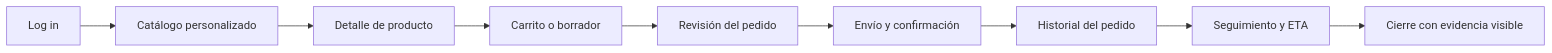
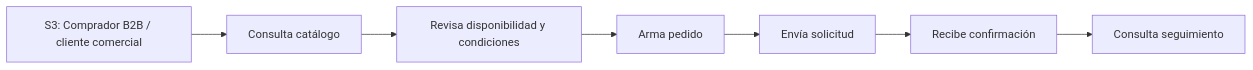
The diagram in report/40-chapter-4-product-design/4-4-web-applications-ux-ui-design.md (upc-pre-202610-1asi0730-12242-king/nexa-ecosystem-report), drawn with Mermaid before and after one commit. The commit also changed other lines of this file and 27 other files, not shown here.

````diff
--- a/report/40-chapter-4-product-design/4-4-web-applications-ux-ui-design.md
+++ b/report/40-chapter-4-product-design/4-4-web-applications-ux-ui-design.md
@@ -185,11 +199,9 @@
 ```mermaid
 flowchart LR
-    A["Log in"] --> B["Catálogo personalizado"]
-    B --> C["Detalle de producto"]
-    C --> D["Carrito o borrador"]
-    D --> E["Revisión del pedido"]
-    E --> F["Envío y confirmación"]
-    F --> G["Historial del pedido"]
-    G --> H["Seguimiento y ETA"]
-    H --> I["Cierre con evidencia visible"]
+    A["S3: Comprador B2B / cliente comercial"] --> B["Consulta catálogo"]
+    B --> C["Revisa disponibilidad y condiciones"]
+    C --> D["Arma pedido"]
+    D --> E["Envía solicitud"]
+    E --> F["Recibe confirmación"]
+    F --> G["Consulta seguimiento"]
 ```
````
